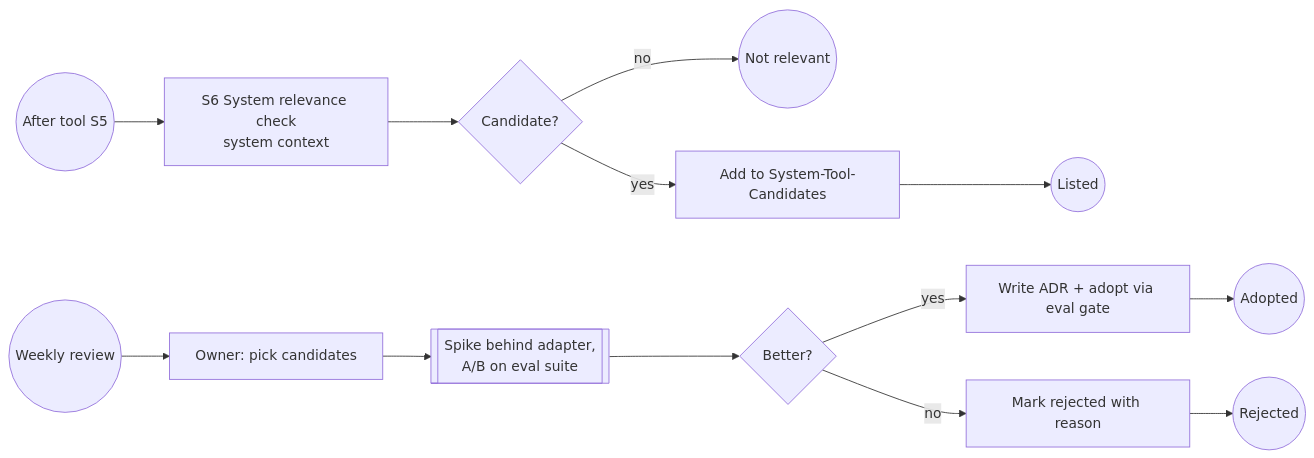
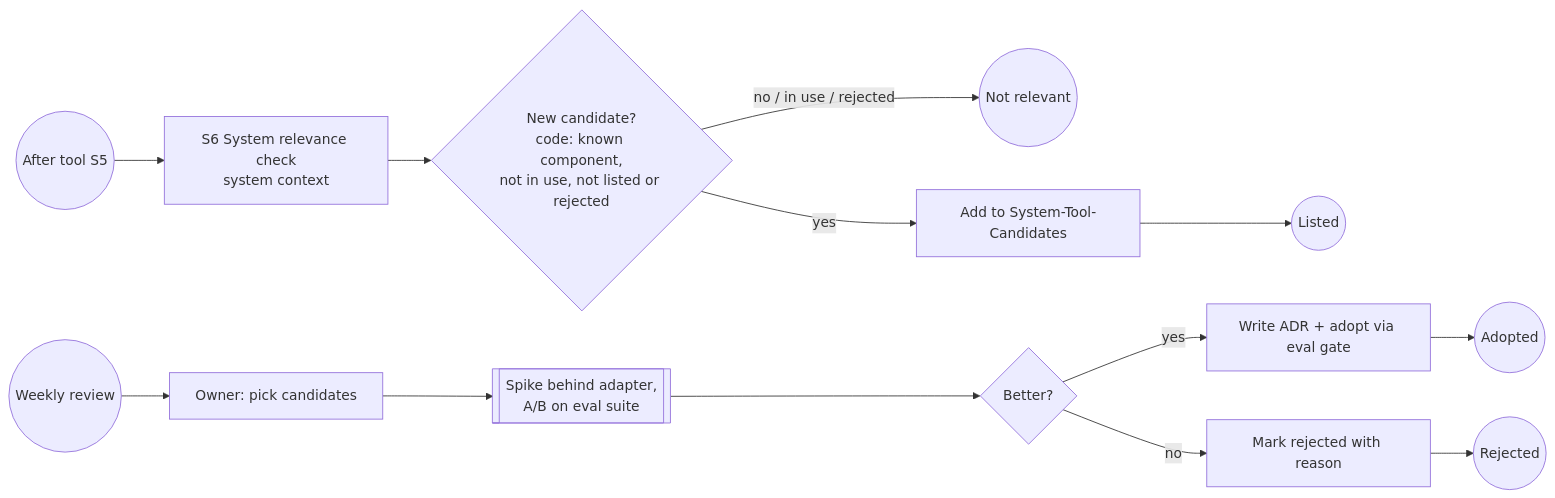
One commit to zskreisz01/pkpipe changed the diagram in docs/process/system-tool-candidates.md. Above: the diagram before and after it, drawn with Mermaid. The commit also changed other lines of this file and 16 other files, not shown here.

````diff
--- a/docs/process/system-tool-candidates.md
+++ b/docs/process/system-tool-candidates.md
@@ -12,9 +16,9 @@
 ```mermaid
 flowchart LR
-    s((After tool S5)) --> rel[S6 System relevance check<br/>system context] --> g{Candidate?}
-    g -- no --> ne((Not relevant))
+    s((After tool S5)) --> rel[S6 System relevance check<br/>system context] --> g{"New candidate?<br/>code: known component,<br/>not in use, not listed or rejected"}
+    g -- no / in use / rejected --> ne((Not relevant))
     g -- yes --> add[Add to System-Tool-Candidates] --> e((Listed))
     zs((Weekly review)) --> zp[Owner: pick candidates] --> sp[[Spike behind adapter,<br/>A/B on eval suite]] --> sg{Better?}
     sg -- yes --> ad[Write ADR + adopt via eval gate] --> ade((Adopted))
     sg -- no --> rj[Mark rejected with reason] --> rje((Rejected))
 ```
````
